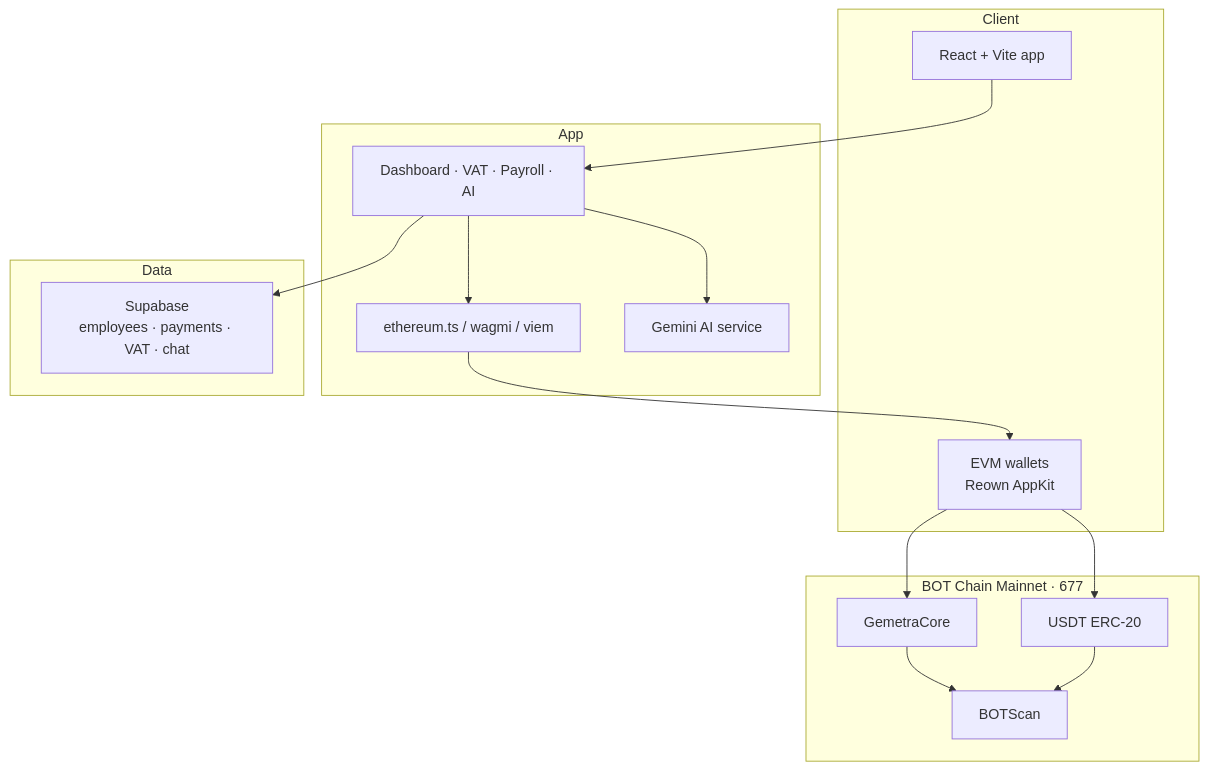
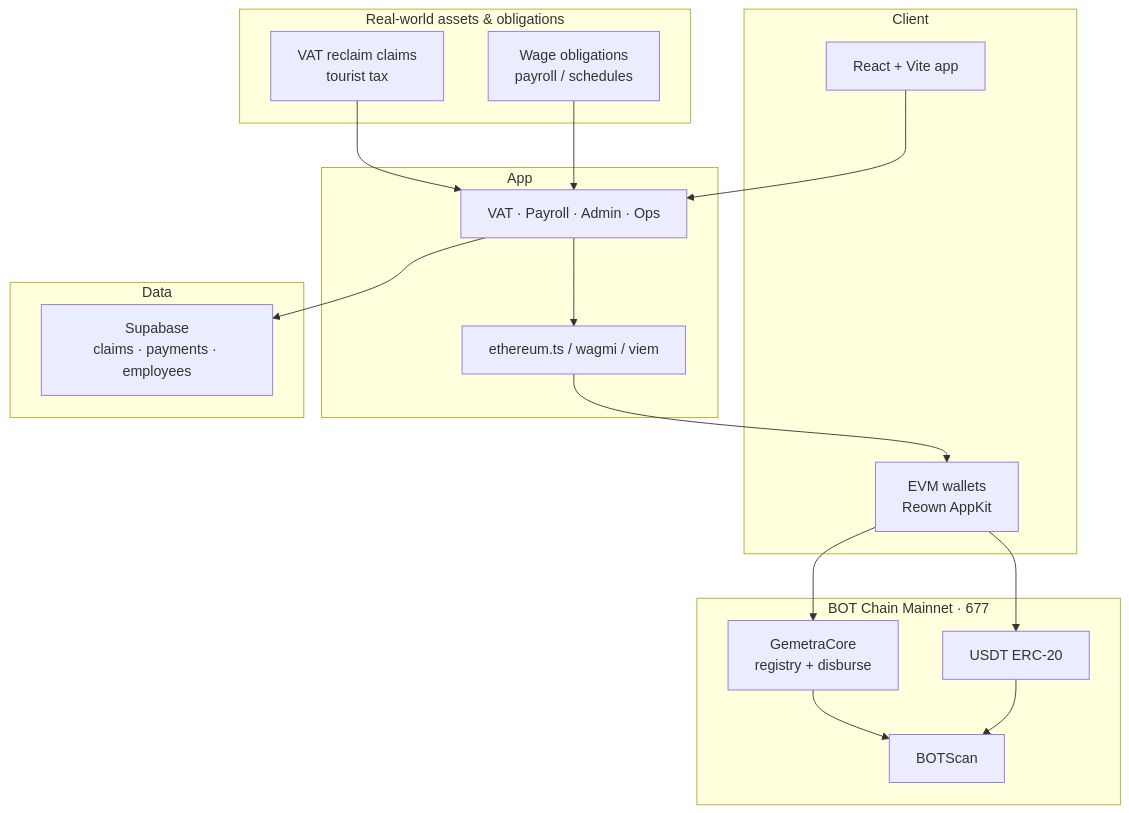
The first of 5 diagrams in README.md (AmaanSayyad/Gemetra-BotChain), drawn with Mermaid before and after one commit. The commit also changed other lines of this file and 4 other files, not shown here.

````diff
--- a/README.md
+++ b/README.md
@@ -64,33 +56,38 @@
 ```mermaid
 flowchart TB
+  subgraph RealWorld["Real-world assets & obligations"]
+    VATRW["VAT reclaim claims<br/>tourist tax"]
+    WAGERW["Wage obligations<br/>payroll / schedules"]
+  end
+
   subgraph Client
     WEB["React + Vite app"]
     W["EVM wallets<br/>Reown AppKit"]
   end
 
   subgraph App
-    UI["Dashboard · VAT · Payroll · AI"]
+    UI["VAT · Payroll · Admin · Ops"]
     ETH["ethereum.ts / wagmi / viem"]
-    AI["Gemini AI service"]
   end
 
   subgraph Data
-    SB["Supabase<br/>employees · payments · VAT · chat"]
+    SB["Supabase<br/>claims · payments · employees"]
   end
 
   subgraph BOT["BOT Chain Mainnet · 677"]
-    CORE["GemetraCore"]
+    CORE["GemetraCore<br/>registry + disburse"]
     USDT["USDT ERC-20"]
     SCAN["BOTScan"]
   end
 
+  VATRW --> UI
+  WAGERW --> UI
   WEB --> UI
   UI --> ETH
-  UI --> AI
   UI --> SB
   ETH --> W
   W --> CORE
   W --> USDT
   CORE --> SCAN
   USDT --> SCAN
 ```
````
